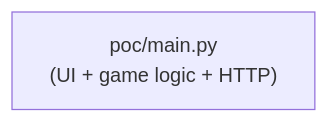
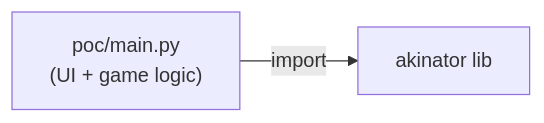
One commit to yamcodes/akin changed the first of 3 diagrams in README.md. Above: the diagram before and after it, drawn with Mermaid.

Commit message:
update mermaid diagrams

````diff
--- a/README.md
+++ b/README.md
@@ -11,4 +11,4 @@
 ```mermaid
 graph LR
-    poc["poc/main.py<br/>(UI + game logic + HTTP)"]
+    poc["poc/main.py<br/>(UI + game logic)"] --import--> lib["akinator lib"]
 ```
````
